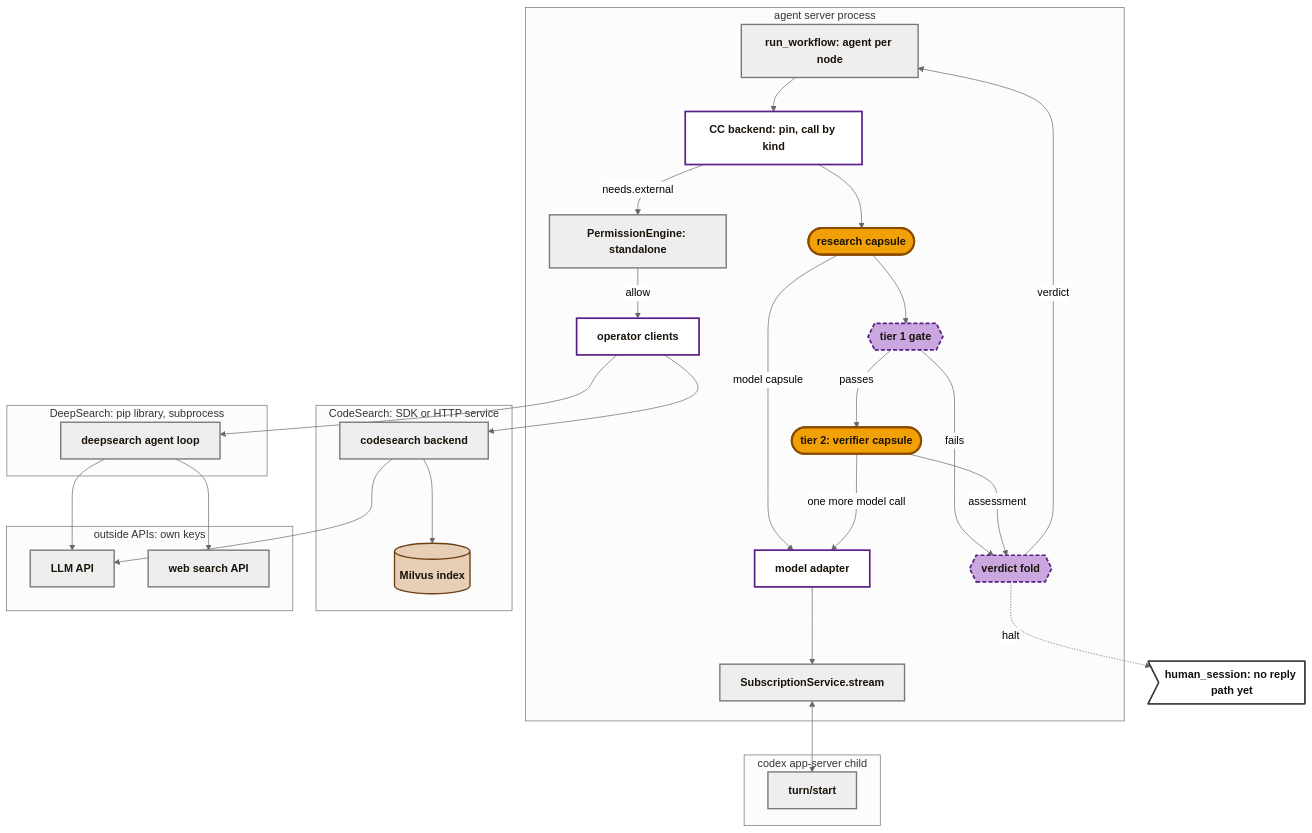
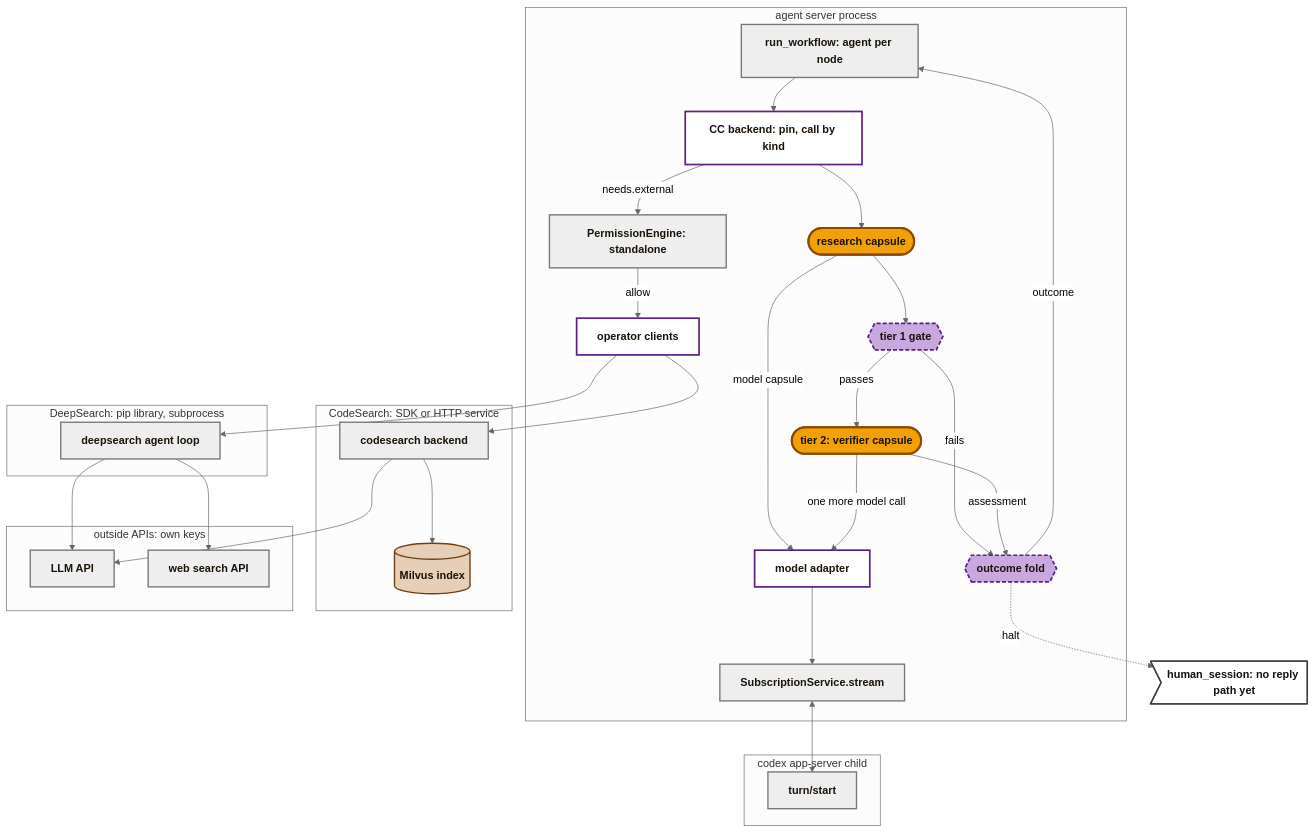
One commit to Stellven/jiuwenswarm changed the sixth of 6 diagrams in docs/architecture/m1-design.md. Above: the diagram before and after it, drawn with Mermaid (neutral theme). The commit also changed other lines of this file and 32 other files, not shown here.

````diff
--- a/docs/architecture/m1-design.md
+++ b/docs/architecture/m1-design.md
@@ -306,50 +298,50 @@
 ```mermaid
 flowchart TB
     subgraph AS["agent server process"]
         ENG["run_workflow: agent per node"]:::js
         BK["CC backend: pin, call by kind"]:::ctrl
         C(["research capsule"]):::cc
         T1{{"tier 1 gate"}}:::gate
         T2(["tier 2: verifier capsule"]):::cc
-        V{{"verdict fold"}}:::gate
+        V{{"outcome fold"}}:::gate
         MA["model adapter"]:::ctrl
         SVC["SubscriptionService.stream"]:::js
         PE["PermissionEngine: standalone"]:::js
         OPC["operator clients"]:::ctrl
     end
     subgraph CX["codex app-server child"]
         APP["turn/start"]:::js
     end
     subgraph DS["DeepSearch: pip library, subprocess"]
         DSL["deepsearch agent loop"]:::js
     end
     subgraph CS["CodeSearch: SDK or HTTP service"]
         CSS["codesearch backend"]:::js
         MIL[("Milvus index")]:::rec
     end
     subgraph KEYS["outside APIs: own keys"]
         LLM["LLM API"]:::js
         WSE["web search API"]:::js
     end
     HS>"human_session: no reply path yet"]:::ext
 
     ENG --> BK --> C
     C -->|"model capsule"| MA
     C --> T1 -->|"passes"| T2 -->|"one more model call"| MA
     T1 -->|"fails"| V
     T2 -->|"assessment"| V
-    V -->|"verdict"| ENG
+    V -->|"outcome"| ENG
     V -.->|"halt"| HS
     MA --> SVC <--> APP
     BK -->|"needs.external"| PE -->|"allow"| OPC
     OPC --> DSL --> LLM & WSE
     OPC --> CSS --> MIL
     CSS --> LLM
 
     classDef js fill:#EEEEEE,stroke:#777777,stroke-width:2px,color:#1a1208,font-weight:bold
     classDef ctrl fill:#ffffff,stroke:#5B1F86,stroke-width:2.5px,color:#1a1208,font-weight:bold
     classDef gate fill:#C9A8E0,stroke:#5B1F86,stroke-width:2.5px,stroke-dasharray:6 3,color:#1a1208,font-weight:bold
     classDef cc fill:#F2A007,stroke:#8A4B00,stroke-width:3px,color:#1a1208,font-weight:bold
     classDef rec fill:#E6CFB6,stroke:#6E3F12,stroke-width:2px,color:#1a1208,font-weight:bold
     classDef ext fill:#ffffff,stroke:#3b3b3b,stroke-width:2px,color:#111111,font-weight:bold
 ```
````
